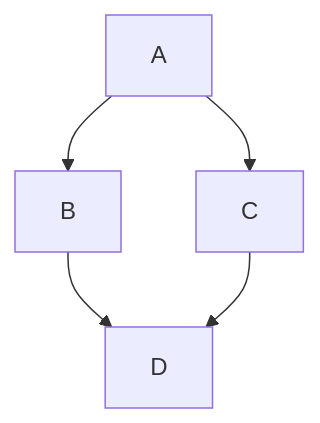
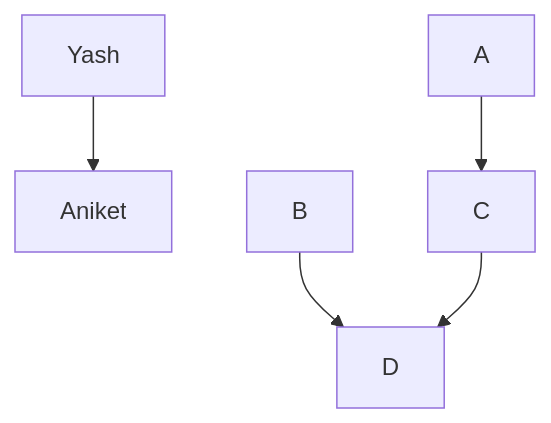
Before and after one commit to Aniketsomkuwar/Fullstack_Course: the diagram in README.md, drawn with Mermaid.

````diff
--- a/README.md
+++ b/README.md
@@ -3,7 +3,7 @@
 ```mermaid
   graph TD;
-      A-->B;
+      Yash-->Aniket;
       A-->C;
       B-->D;
       C-->D;
 ```
````
